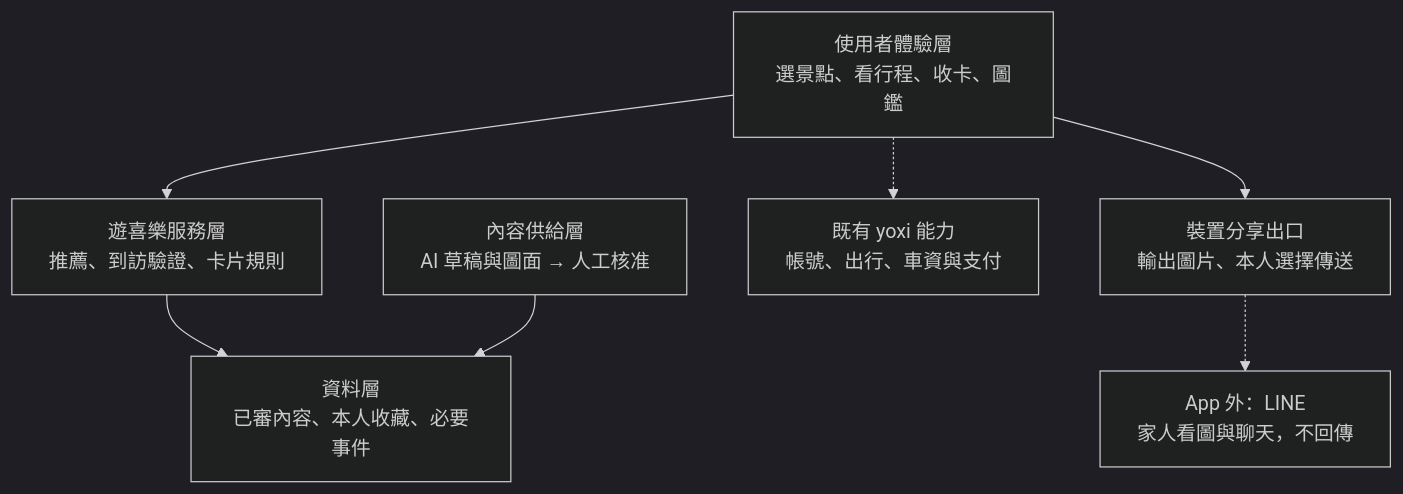
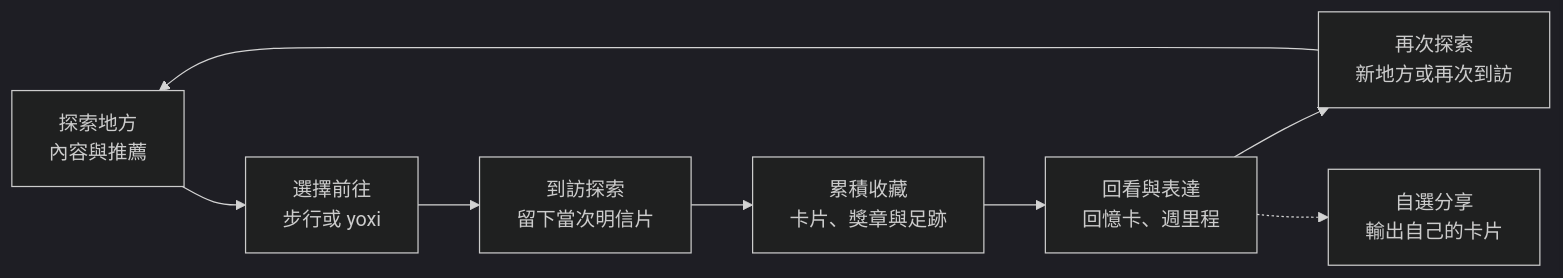
One commit to Ricky610329/Yoxi_app_design changed the first of 2 diagrams in pitch/writing/01-solution-architecture.md. Above: the diagram before and after it, drawn with Mermaid (dark theme). The commit also changed other lines of this file and 22 other files, not shown here.

Commit message:
重寫遊喜樂方案與圖解，以探索出行收藏串起服務價值

````diff
--- a/pitch/writing/01-solution-architecture.md
+++ b/pitch/writing/01-solution-architecture.md
@@ -19,16 +19,17 @@
 ```mermaid
-flowchart TB
-  UI["使用者體驗層<br/>選景點、看行程、收卡、圖鑑"]
-  SERVICE["遊喜樂服務層<br/>推薦、到訪驗證、卡片規則"]
-  DATA["資料層<br/>已審內容、本人收藏、必要事件"]
-  CONTENT["內容供給層<br/>AI 草稿與圖面 → 人工核准"]
-  RIDE["既有 yoxi 能力<br/>帳號、出行、車資與支付"]
-  OUT["裝置分享出口<br/>輸出圖片、本人選擇傳送"]
-  FAMILY["App 外：LINE<br/>家人看圖與聊天，不回傳"]
-  UI --> SERVICE
-  SERVICE --> DATA
-  CONTENT --> DATA
-  UI -.-> RIDE
-  UI --> OUT
-  OUT -.-> FAMILY
+flowchart LR
+  DISCOVER["探索地方<br/>內容與推薦"]
+  MOVE["選擇前往<br/>步行或 yoxi"]
+  ARRIVE["到訪探索<br/>留下當次明信片"]
+  COLLECT["累積收藏<br/>卡片、獎章與足跡"]
+  MEMORY["回看與表達<br/>回憶卡、週里程"]
+  NEXT["再次探索<br/>新地方或再次到訪"]
+  SHARE["自選分享<br/>輸出自己的卡片"]
+  DISCOVER --> MOVE
+  MOVE --> ARRIVE
+  ARRIVE --> COLLECT
+  COLLECT --> MEMORY
+  MEMORY --> NEXT
+  NEXT --> DISCOVER
+  MEMORY -.-> SHARE
 ```
````
